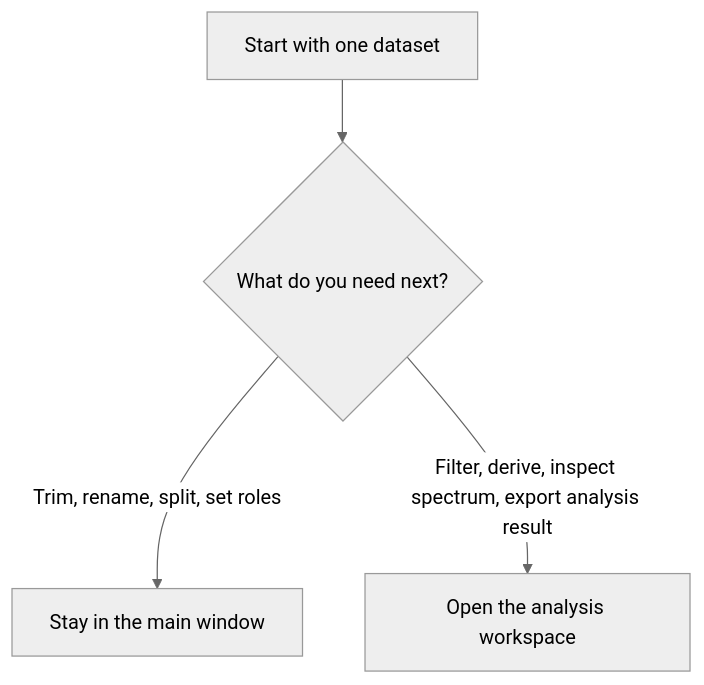
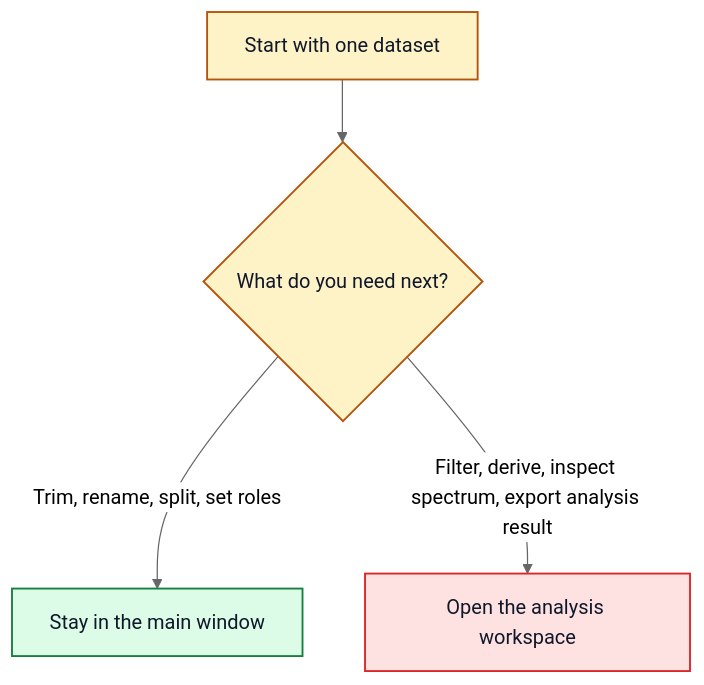
The diagram in docs/which-tool-when.md (jameskiki/Data-Signals-and-Systems), drawn with Mermaid (neutral theme) before and after one commit. The commit also changed other lines of this file and 48 other files, not shown here.

````diff
--- a/docs/which-tool-when.md
+++ b/docs/which-tool-when.md
@@ -7,6 +7,14 @@
 ```mermaid
 flowchart TB
 	A[Start with one dataset] --> B{What do you need next?}
 	B -->|Trim, rename, split, set roles| C[Stay in the main window]
 	B -->|Filter, derive, inspect spectrum, export analysis result| D[Open the analysis workspace]
+
+	classDef question fill:#fef3c7,stroke:#b45309,color:#0f172a,stroke-width:1.5px;
+	classDef mainui fill:#dcfce7,stroke:#15803d,color:#0f172a,stroke-width:1.5px;
+	classDef analysis fill:#fee2e2,stroke:#dc2626,color:#0f172a,stroke-width:1.5px;
+
+	class A,B question;
+	class C mainui;
+	class D analysis;
 ```
````
